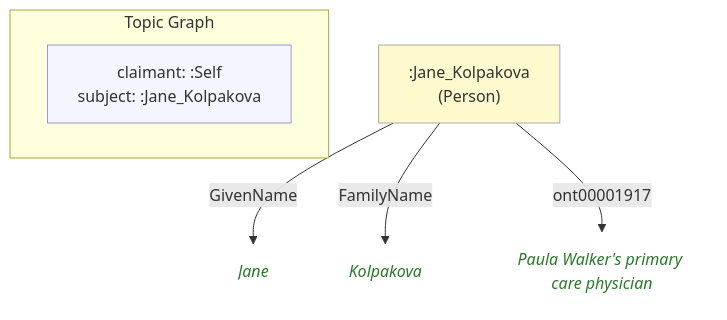
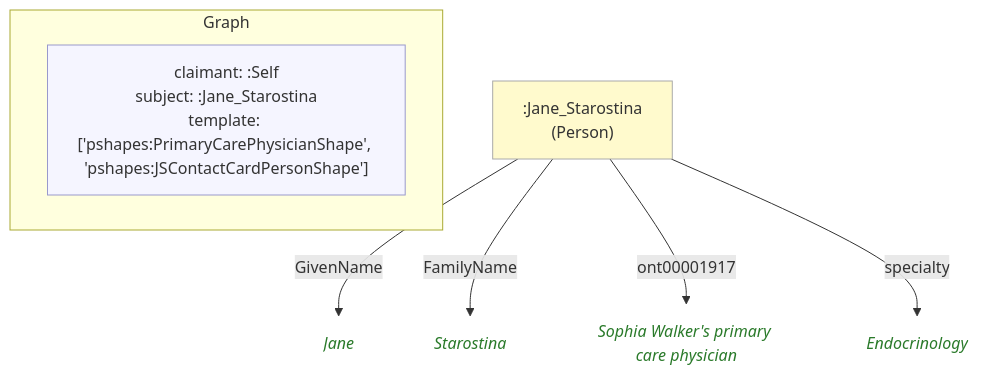
The diagram in example/graphs/images/graph-25.mmd (MeeFoundation/mia-ontologies), drawn with Mermaid before and after one commit. The commit also changed 114 other files, not shown here.

```diff
--- a/example/graphs/images/graph-25.mmd
+++ b/example/graphs/images/graph-25.mmd
@@ -1,20 +1,21 @@
 flowchart TD
     classDef person fill:#fffacd,stroke:#aaa,color:#333
-    classDef grp    fill:#d4edda,stroke:#aaa,color:#333
     classDef org    fill:#cce5ff,stroke:#aaa,color:#333
     classDef lit    fill:none,stroke:none,font-style:italic,color:#2a7a2a
     classDef meta   fill:#f5f5ff,stroke:#9999cc,color:#333
 
-    subgraph ctx["Topic Graph"]
+    subgraph ctx["Graph"]
         direction LR
-        ctx_meta["claimant: :Self\nsubject: :Jane_Kolpakova"]:::meta
+        ctx_meta["claimant: :Self\nsubject: :Jane_Starostina\ntemplate: ['pshapes:PrimaryCarePhysicianShape', 'pshapes:JSContactCardPersonShape']"]:::meta
     end
 
-    nb56a5989f29e[":Jane_Kolpakova\n(Person)"]:::person
-    nb325d469ac9a("Jane"):::lit
-    nf9258aaa31ff("Kolpakova"):::lit
-    n3c39929973bb("Paula Walker's primary care physician"):::lit
+    ncb7388e459f8[":Jane_Starostina\n(Person)"]:::person
+    nb37c2d1722f7("Jane"):::lit
+    nfe46ff05e293("Starostina"):::lit
+    n9f4b94edfa47("Sophia Walker's primary care physician"):::lit
+    n3c7aa6d071dd("Endocrinology"):::lit
 
-    nb56a5989f29e -->|"GivenName"| nb325d469ac9a
-    nb56a5989f29e -->|"FamilyName"| nf9258aaa31ff
-    nb56a5989f29e -->|"ont00001917"| n3c39929973bb
+    ncb7388e459f8 -->|"GivenName"| nb37c2d1722f7
+    ncb7388e459f8 -->|"FamilyName"| nfe46ff05e293
+    ncb7388e459f8 -->|"ont00001917"| n9f4b94edfa47
+    ncb7388e459f8 -->|"specialty"| n3c7aa6d071dd
```
